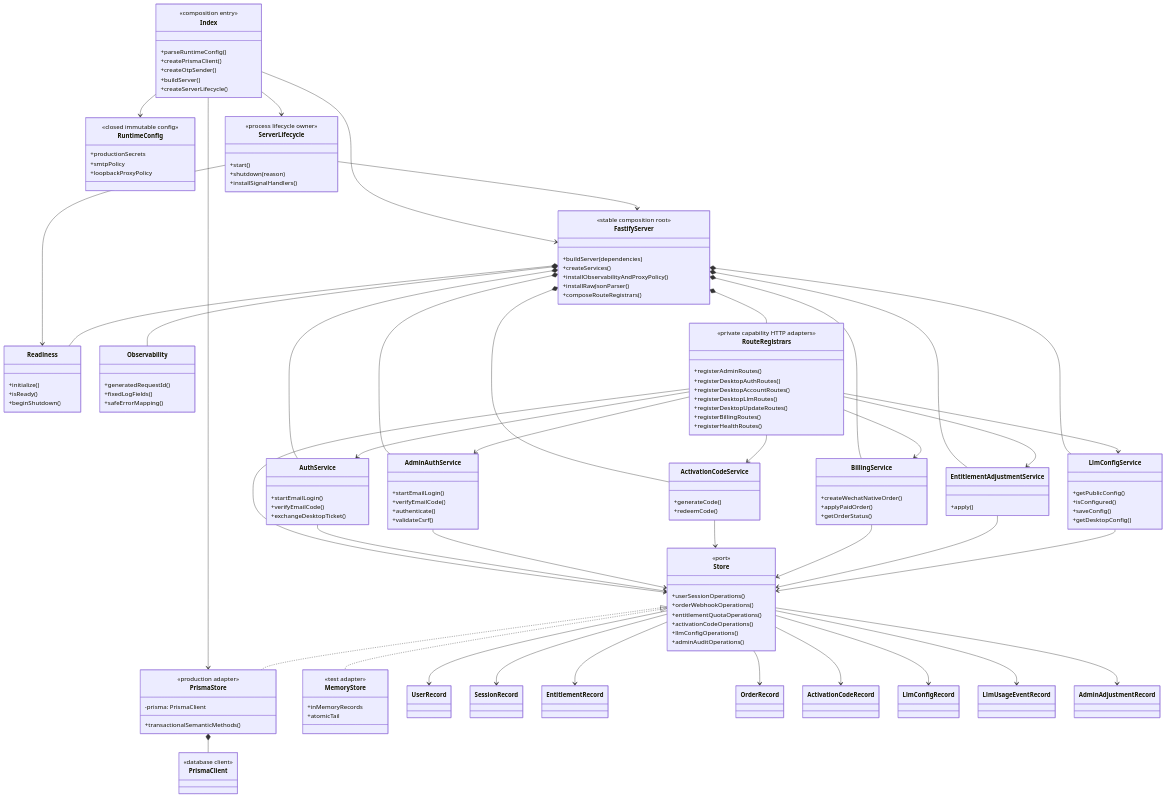
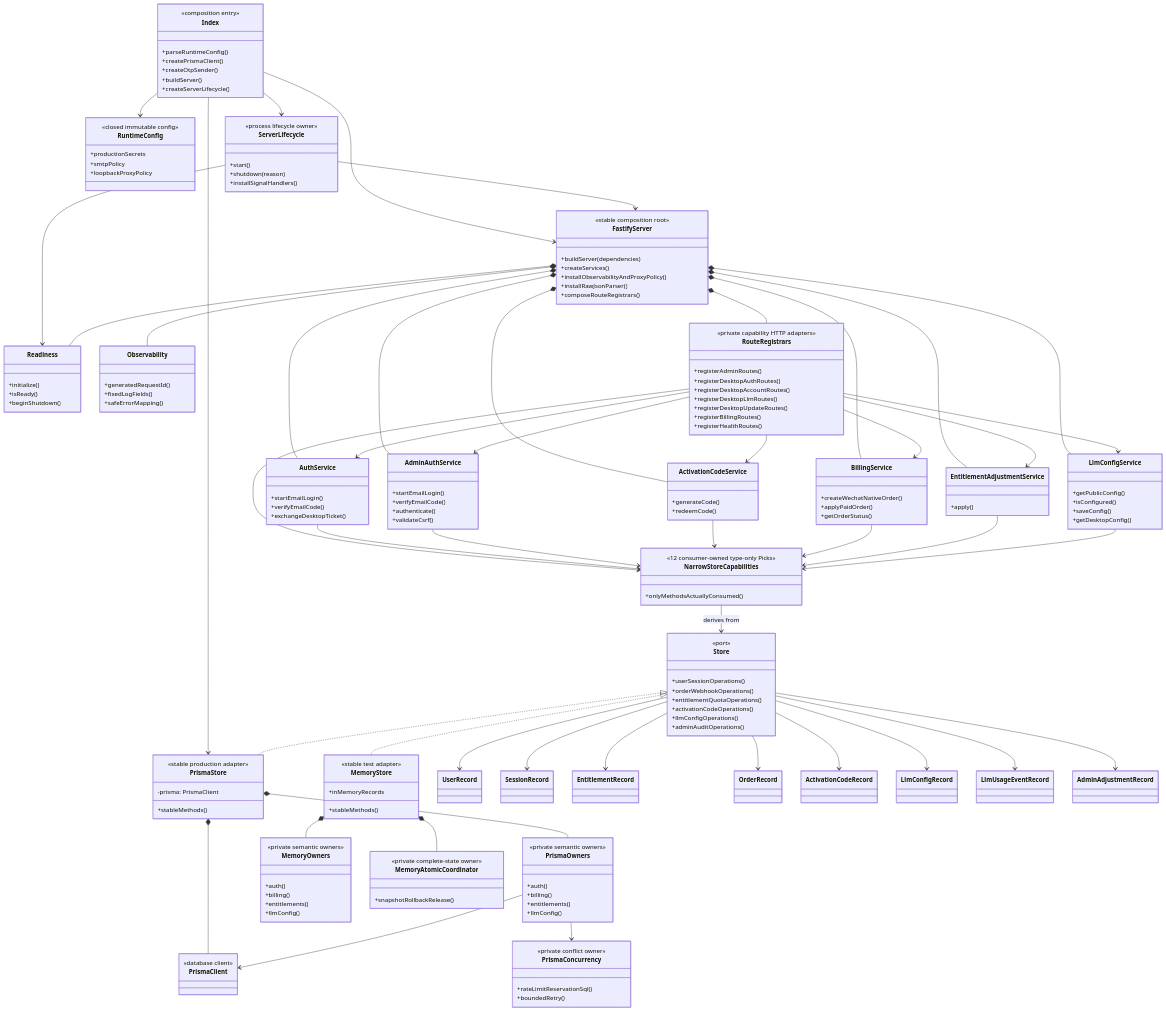
The sixth of 9 diagrams in docs/design-docs/frameq-code-audit-uml.md (jiabai/FrameQ), drawn with Mermaid before and after one commit. The commit also changed other lines of this file and 8 other files, not shown here.

Commit message:
docs(server): complete store adapter module split

```diff
--- a/docs/design-docs/frameq-code-audit-uml.md
+++ b/docs/design-docs/frameq-code-audit-uml.md
@@ -1667,16 +1682,48 @@
     +adminAuditOperations()
   }
 
+  class NarrowStoreCapabilities {
+    <<12 consumer-owned type-only Picks>>
+    +onlyMethodsActuallyConsumed()
+  }
+
   class PrismaStore {
-    <<production adapter>>
+    <<stable production adapter>>
     -prisma: PrismaClient
-    +transactionalSemanticMethods()
+    +stableMethods()
   }
 
   class MemoryStore {
-    <<test adapter>>
+    <<stable test adapter>>
     +inMemoryRecords
-    +atomicTail
+    +stableMethods()
+  }
+
+  class PrismaOwners {
+    <<private semantic owners>>
+    +auth()
+    +billing()
+    +entitlements()
+    +llmConfig()
+  }
+
+  class PrismaConcurrency {
+    <<private conflict owner>>
+    +rateLimitReservationSql()
+    +boundedRetry()
+  }
+
+  class MemoryOwners {
+    <<private semantic owners>>
+    +auth()
+    +billing()
+    +entitlements()
+    +llmConfig()
+  }
+
+  class MemoryAtomicCoordinator {
+    <<private complete-state owner>>
+    +snapshotRollbackRelease()
   }
 
   class PrismaClient {
@@ -1713,16 +1760,22 @@
   RouteRegistrars --> BillingService
   RouteRegistrars --> EntitlementAdjustmentService
   RouteRegistrars --> LlmConfigService
-  RouteRegistrars --> Store
-  AuthService --> Store
-  AdminAuthService --> Store
-  ActivationCodeService --> Store
-  BillingService --> Store
-  EntitlementAdjustmentService --> Store
-  LlmConfigService --> Store
+  RouteRegistrars --> NarrowStoreCapabilities
+  AuthService --> NarrowStoreCapabilities
+  AdminAuthService --> NarrowStoreCapabilities
+  ActivationCodeService --> NarrowStoreCapabilities
+  BillingService --> NarrowStoreCapabilities
+  EntitlementAdjustmentService --> NarrowStoreCapabilities
+  LlmConfigService --> NarrowStoreCapabilities
+  NarrowStoreCapabilities --> Store : derives from
   Store <|.. PrismaStore
   Store <|.. MemoryStore
   PrismaStore *-- PrismaClient
+  PrismaStore *-- PrismaOwners
+  PrismaOwners --> PrismaConcurrency
+  PrismaOwners --> PrismaClient
+  MemoryStore *-- MemoryOwners
+  MemoryStore *-- MemoryAtomicCoordinator
   Store --> UserRecord
   Store --> SessionRecord
   Store --> EntitlementRecord
```
